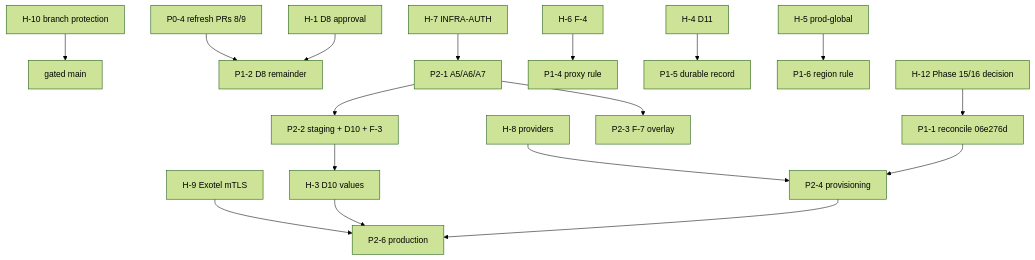
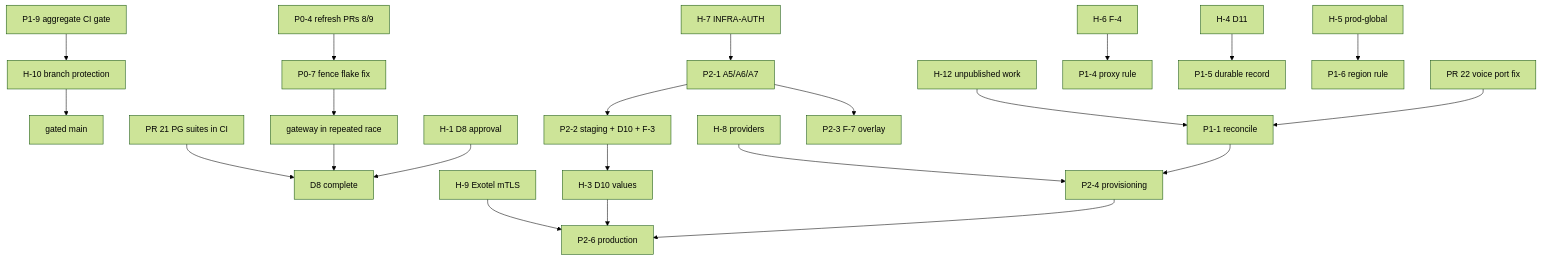
One commit to 123Anujyadav/aegis-voice-agent changed the diagram in docs/phase15/READINESS_AUDIT.md. Above: the diagram before and after it, drawn with Mermaid (forest theme). The commit also changed other lines of this file, not shown here.

First line of the commit message:
docs(phase15): record merged fixes, D8 PostgreSQL CI, the captured T9 flake and the reconciliation plan

````diff
--- a/docs/phase15/READINESS_AUDIT.md
+++ b/docs/phase15/READINESS_AUDIT.md
@@ -478,19 +583,24 @@
 ```mermaid
 graph TD
   H10[H-10 branch protection] --> G[gated main]
-  P04[P0-4 refresh PRs 8/9] --> P12[P1-2 D8 remainder]
-  H1[H-1 D8 approval] --> P12
-  H12[H-12 Phase 15/16 decision] --> P11[P1-1 reconcile 06e276d]
+  P19[P1-9 aggregate CI gate] --> H10
+  P04[P0-4 refresh PRs 8/9] --> P07[P0-7 fence flake fix]
+  P07 --> RR[gateway in repeated race]
+  PR21[PR 21 PG suites in CI] --> D8[D8 complete]
+  RR --> D8
+  H1[H-1 D8 approval] --> D8
+  H12[H-12 unpublished work] --> P11[P1-1 reconcile]
+  P22[PR 22 voice port fix] --> P11
   H8[H-8 providers] --> P24[P2-4 provisioning]
   P11 --> P24
   H6[H-6 F-4] --> P14[P1-4 proxy rule]
   H4[H-4 D11] --> P15[P1-5 durable record]
   H5[H-5 prod-global] --> P16[P1-6 region rule]
   H7[H-7 INFRA-AUTH] --> P21[P2-1 A5/A6/A7]
   P21 --> P23[P2-3 F-7 overlay]
-  P21 --> P22[P2-2 staging + D10 + F-3]
-  P22 --> H3[H-3 D10 values]
+  P21 --> P22s[P2-2 staging + D10 + F-3]
+  P22s --> H3[H-3 D10 values]
   H9[H-9 Exotel mTLS] --> P26[P2-6 production]
   H3 --> P26
   P24 --> P26
 ```
````
